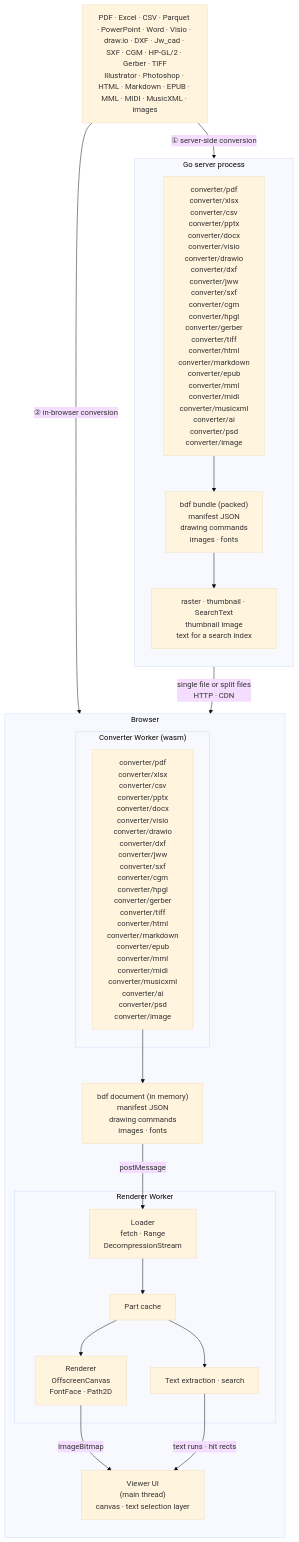
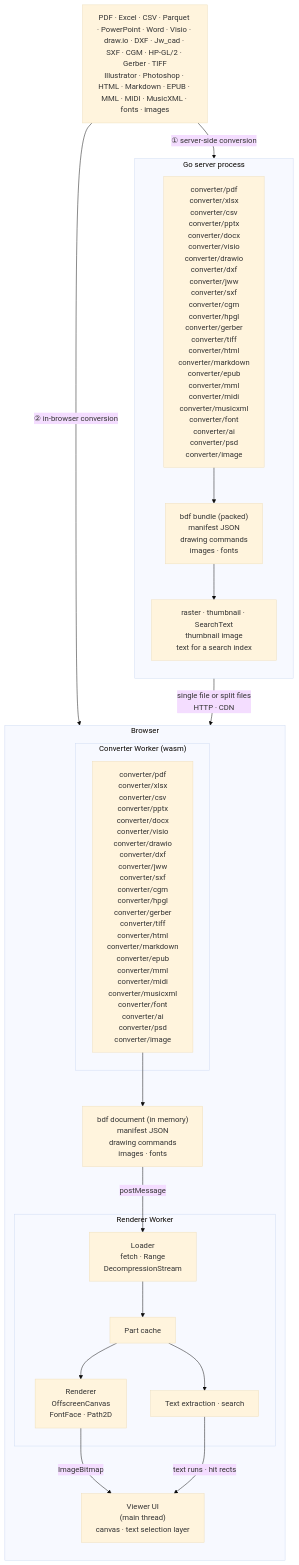
One commit to shibukawa/bdf changed the diagram in README.md. Above: the diagram before and after it, drawn with Mermaid (base theme). The commit also changed other lines of this file and 61 other files, not shown here.

````diff
--- a/README.md
+++ b/README.md
@@ -20,39 +20,39 @@
 ```mermaid
 flowchart TB
-    SRC["PDF · Excel · CSV · Parquet · PowerPoint · Word · Visio · draw.io · DXF · Jw_cad · SXF · CGM · HP-GL/2 · Gerber · TIFF<br/>Illustrator · Photoshop · HTML · Markdown · EPUB · MML · MIDI · MusicXML · images"]
+    SRC["PDF · Excel · CSV · Parquet · PowerPoint · Word · Visio · draw.io · DXF · Jw_cad · SXF · CGM · HP-GL/2 · Gerber · TIFF<br/>Illustrator · Photoshop · HTML · Markdown · EPUB · MML · MIDI · MusicXML · fonts · images"]
 
     subgraph SERVER["Go server process"]
         direction TB
-        SCONV["converter/pdf<br/>converter/xlsx<br/>converter/csv<br/>converter/pptx<br/>converter/docx<br/>converter/visio<br/>converter/drawio<br/>converter/dxf<br/>converter/jww<br/>converter/sxf<br/>converter/cgm<br/>converter/hpgl<br/>converter/gerber<br/>converter/tiff<br/>converter/html<br/>converter/markdown<br/>converter/epub<br/>converter/mml<br/>converter/midi<br/>converter/musicxml<br/>converter/ai<br/>converter/psd<br/>converter/image"]
+        SCONV["converter/pdf<br/>converter/xlsx<br/>converter/csv<br/>converter/pptx<br/>converter/docx<br/>converter/visio<br/>converter/drawio<br/>converter/dxf<br/>converter/jww<br/>converter/sxf<br/>converter/cgm<br/>converter/hpgl<br/>converter/gerber<br/>converter/tiff<br/>converter/html<br/>converter/markdown<br/>converter/epub<br/>converter/mml<br/>converter/midi<br/>converter/musicxml<br/>converter/font<br/>converter/ai<br/>converter/psd<br/>converter/image"]
         BUNDLE["bdf bundle (packed)<br/>manifest JSON<br/>drawing commands<br/>images · fonts"]
         PREVIEW["raster · thumbnail · SearchText<br/>thumbnail image<br/>text for a search index"]
         SCONV --> BUNDLE
         BUNDLE --> PREVIEW
     end
 
     subgraph BROWSER["Browser"]
         direction TB
         subgraph CWORKER["Converter Worker (wasm)"]
-            WCONV["converter/pdf<br/>converter/xlsx<br/>converter/csv<br/>converter/pptx<br/>converter/docx<br/>converter/visio<br/>converter/drawio<br/>converter/dxf<br/>converter/jww<br/>converter/sxf<br/>converter/cgm<br/>converter/hpgl<br/>converter/gerber<br/>converter/tiff<br/>converter/html<br/>converter/markdown<br/>converter/epub<br/>converter/mml<br/>converter/midi<br/>converter/musicxml<br/>converter/ai<br/>converter/psd<br/>converter/image"]
+            WCONV["converter/pdf<br/>converter/xlsx<br/>converter/csv<br/>converter/pptx<br/>converter/docx<br/>converter/visio<br/>converter/drawio<br/>converter/dxf<br/>converter/jww<br/>converter/sxf<br/>converter/cgm<br/>converter/hpgl<br/>converter/gerber<br/>converter/tiff<br/>converter/html<br/>converter/markdown<br/>converter/epub<br/>converter/mml<br/>converter/midi<br/>converter/musicxml<br/>converter/font<br/>converter/ai<br/>converter/psd<br/>converter/image"]
         end
         PARTS["bdf document (in memory)<br/>manifest JSON<br/>drawing commands<br/>images · fonts"]
         subgraph RWORKER["Renderer Worker"]
             LOADER["Loader<br/>fetch · Range<br/>DecompressionStream"]
             STORE["Part cache"]
             RENDER["Renderer<br/>OffscreenCanvas<br/>FontFace · Path2D"]
             TEXT["Text extraction · search"]
             LOADER --> STORE
             STORE --> RENDER
             STORE --> TEXT
         end
         UI["Viewer UI<br/>(main thread)<br/>canvas · text selection layer"]
         WCONV --> PARTS
     end
 
     SRC -- "① server-side conversion" --> SCONV
     SRC -- "② in-browser conversion" --> WCONV
     BUNDLE -- "single file or split files<br/>HTTP · CDN" --> LOADER
     PARTS -- "postMessage" --> LOADER
     RENDER -- "ImageBitmap" --> UI
     TEXT -- "text runs · hit rects" --> UI
 ```
````
